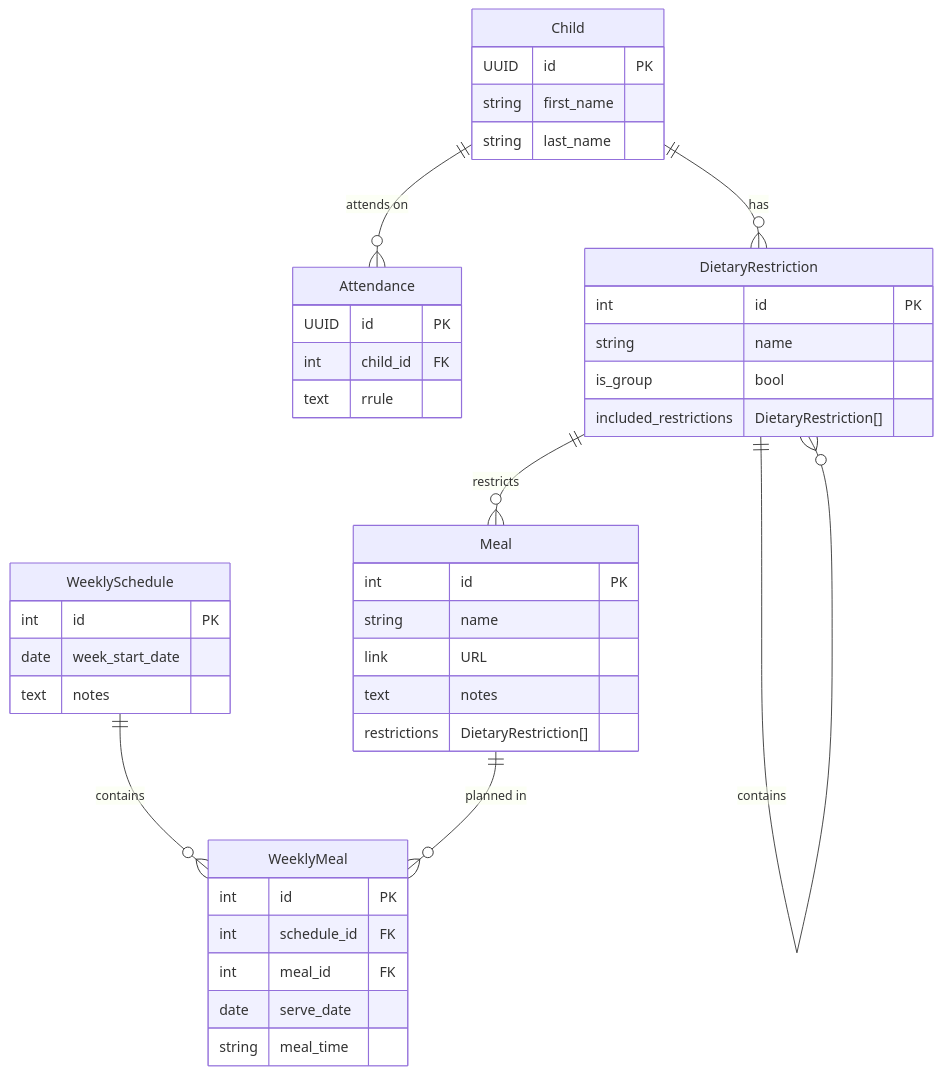
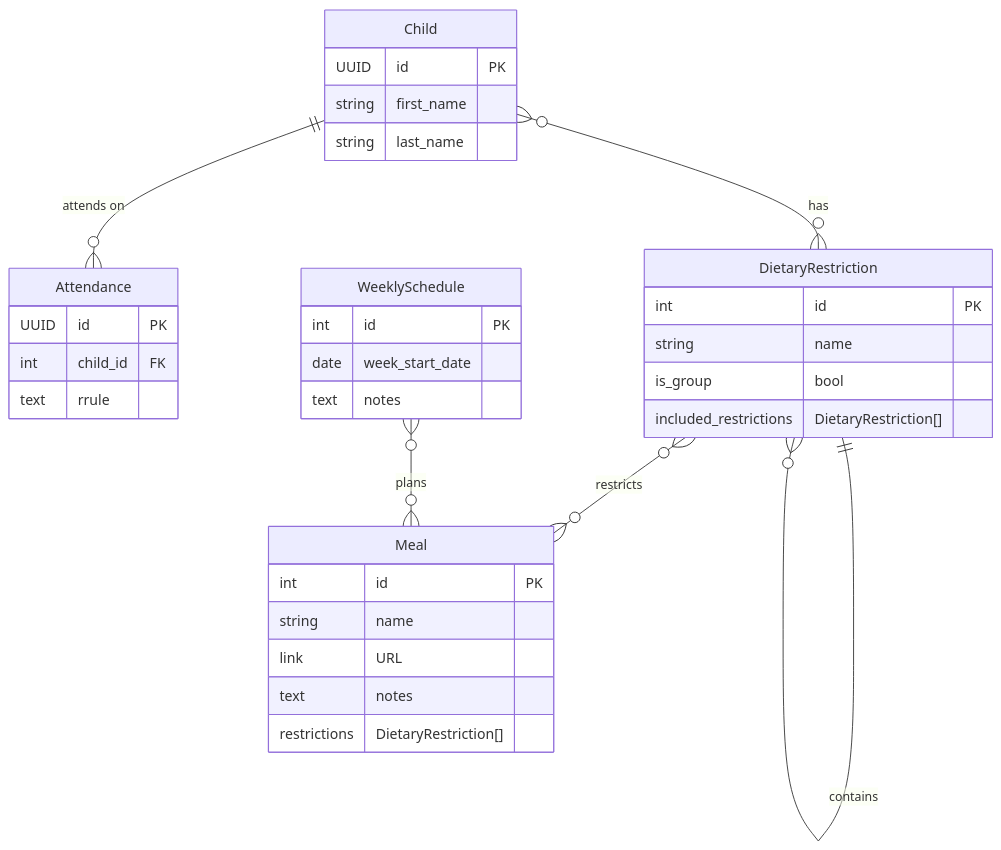
Before and after one commit to seguri/kinderchef: the diagram in README.md, drawn with Mermaid. The commit also changed 3 other files, not shown here.

Commit message:
Add `WeeklySchedule` model

````diff
--- a/README.md
+++ b/README.md
@@ -5,51 +5,42 @@
 ```mermaid
 erDiagram
+
 Child ||--o{ Attendance : "attends on"
-Child ||--o{ DietaryRestriction : "has"
-DietaryRestriction ||--o{ Meal : "restricts"
+Child }o--o{ DietaryRestriction : "has"
 DietaryRestriction ||--o{ DietaryRestriction : "contains"
+DietaryRestriction }o--o{ Meal : "restricts"
+WeeklySchedule }o--o{  Meal : "plans"
+
 Child {
     UUID id PK
     string first_name
     string last_name
 }
 
 Attendance {
     UUID id PK
     int child_id FK
     text rrule
 }
 
 DietaryRestriction {
     int id PK
     string name
     is_group bool
     included_restrictions DietaryRestriction[]
 }
 
 Meal {
     int id PK
     string name
     link URL
     text notes
     restrictions DietaryRestriction[]
 }
 
-WeeklySchedule ||--o{ WeeklyMeal : "contains"
-Meal ||--o{ WeeklyMeal : "planned in"
-
-
 WeeklySchedule {
     int id PK
     date week_start_date
     text notes
 }
-
-WeeklyMeal {
-    int id PK
-    int schedule_id FK
-    int meal_id FK
-    date serve_date
-    string meal_time
-}
 ```
````
